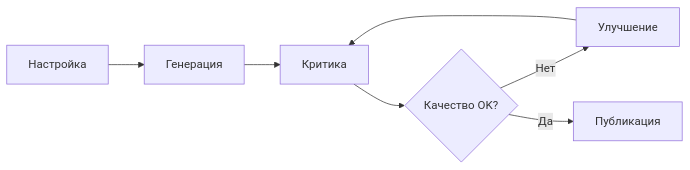
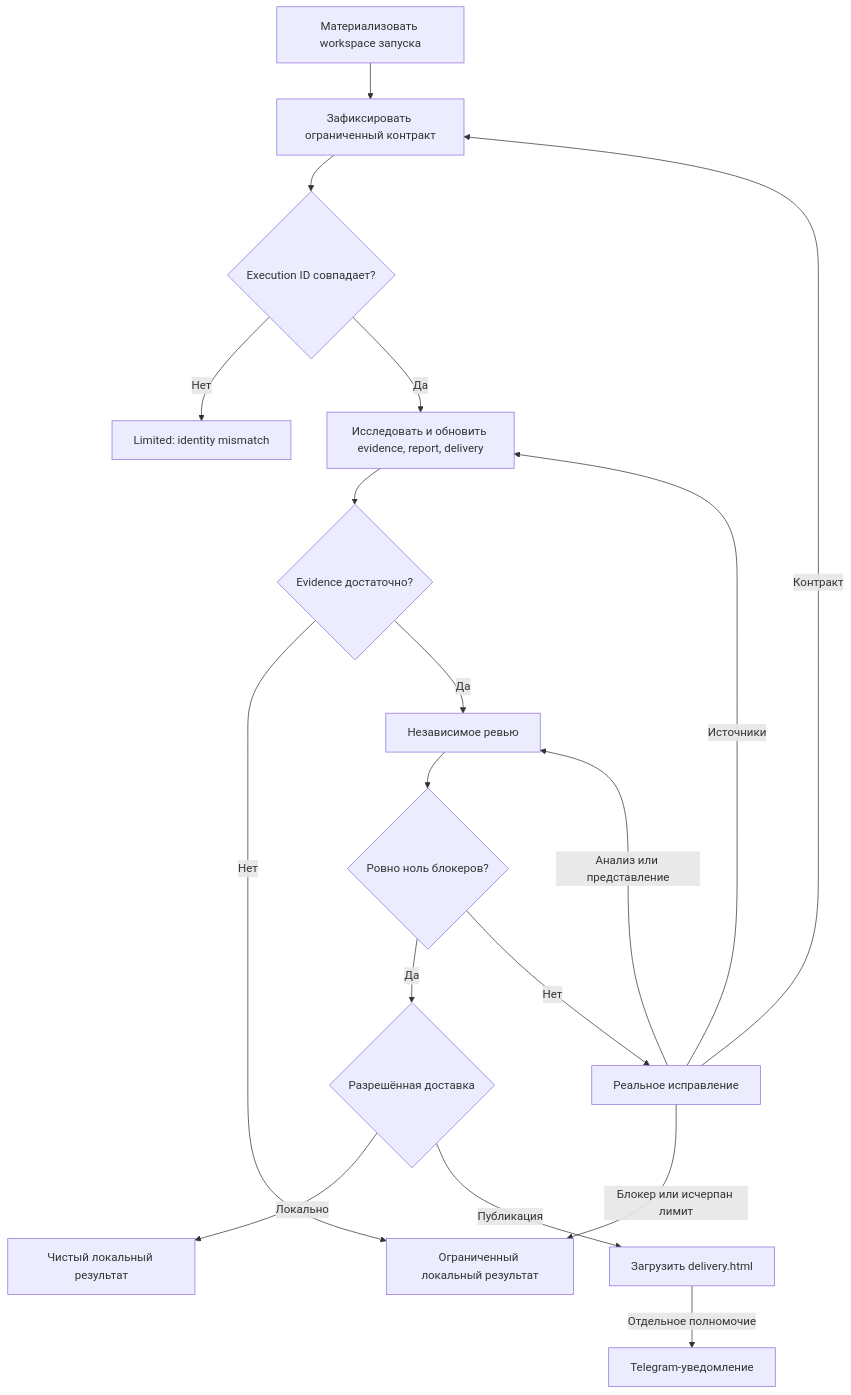
The diagram in packages/docs/src/content/docs/ru/docs/reference/workflows/iterative-research.mdx (moira-mcp/moira), drawn with Mermaid before and after one commit. The commit also changed other lines of this file and 72 other files, not shown here.

````diff
--- a/packages/docs/src/content/docs/ru/docs/reference/workflows/iterative-research.mdx
+++ b/packages/docs/src/content/docs/ru/docs/reference/workflows/iterative-research.mdx
@@ -18,9 +45,20 @@
 ```mermaid
-flowchart LR
-    A[Настройка] --> B[Генерация]
-    B --> C[Критика]
-    C --> D{Качество OK?}
-    D -->|Нет| E[Улучшение]
-    E --> C
-    D -->|Да| F[Публикация]
+flowchart TD
+    A[Материализовать workspace запуска] --> B[Зафиксировать ограниченный контракт]
+    B --> C{Execution ID совпадает?}
+    C -->|Нет| X[Limited: identity mismatch]
+    C -->|Да| D[Исследовать и обновить evidence, report, delivery]
+    D --> E{Evidence достаточно?}
+    E -->|Нет| L[Ограниченный локальный результат]
+    E -->|Да| F[Независимое ревью]
+    F --> G{Ровно ноль блокеров?}
+    G -->|Да| H{Разрешённая доставка}
+    G -->|Нет| I[Реальное исправление]
+    I -->|Контракт| B
+    I -->|Источники| D
+    I -->|Анализ или представление| F
+    I -->|Блокер или исчерпан лимит| L
+    H -->|Локально| J[Чистый локальный результат]
+    H -->|Публикация| K[Загрузить delivery.html]
+    K -->|Отдельное полномочие| N[Telegram-уведомление]
 ```
````
